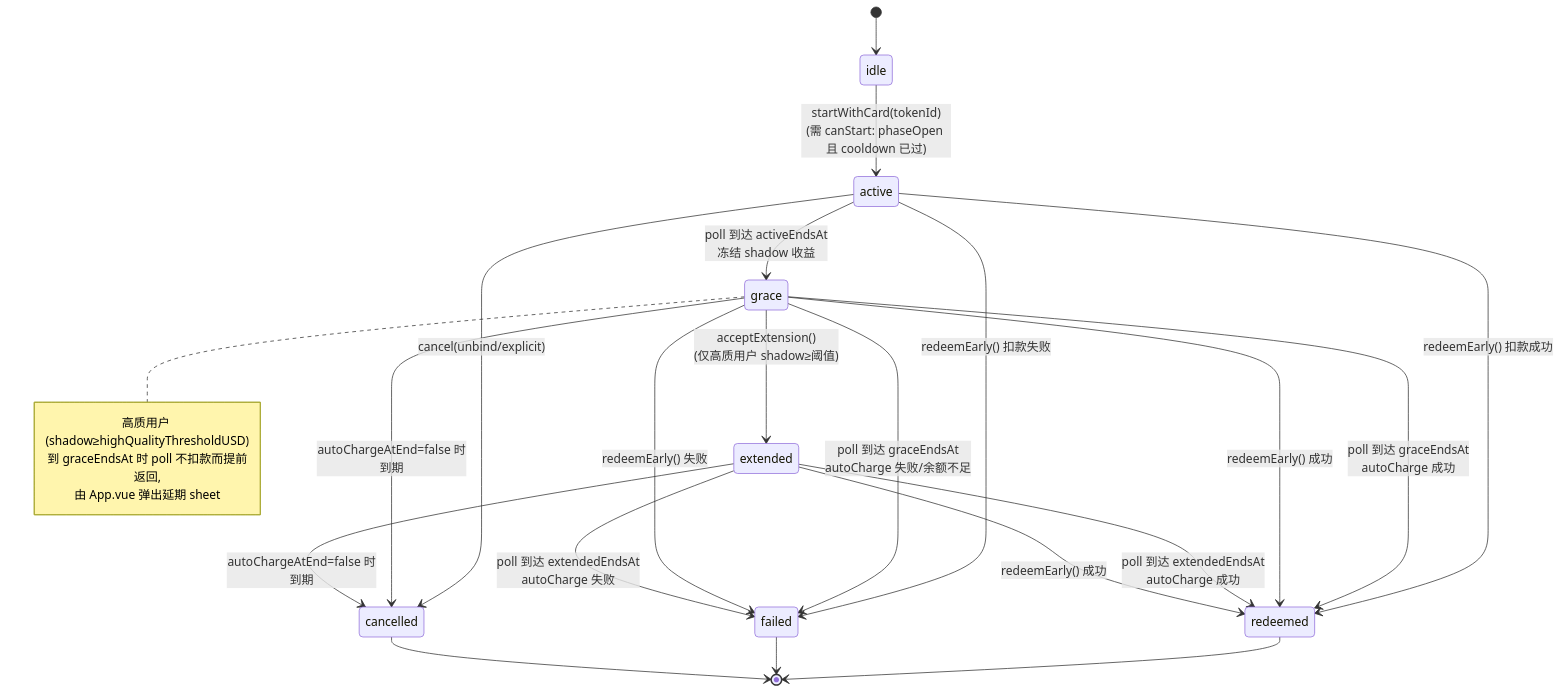
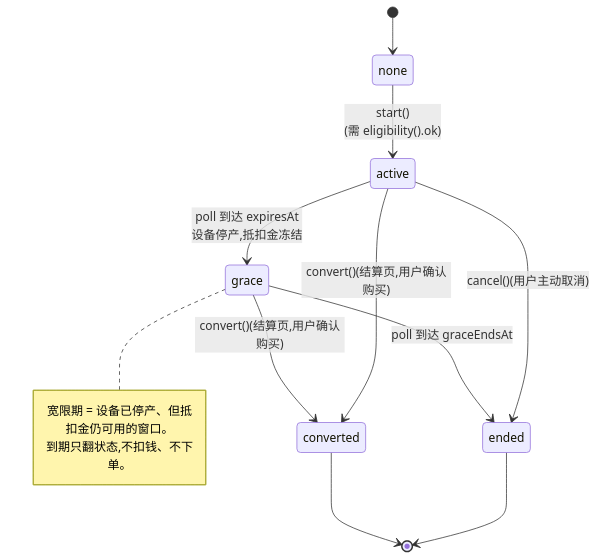
Before and after one commit to agentabatiuo572-byte/nexion-frontend-uniapp: the first of 8 diagrams in docs/业务流程说明.md, drawn with Mermaid. The commit also changed other lines of this file, not shown here.

````diff
--- a/docs/业务流程说明.md
+++ b/docs/业务流程说明.md
@@ -71,32 +85,20 @@
 ```mermaid
 stateDiagram-v2
-    [*] --> idle
-    idle --> active : startWithCard(tokenId)<br/>(需 canStart: phaseOpen 且 cooldown 已过)
+    [*] --> none
+    none --> active : start()<br/>(需 eligibility().ok)
 
-    active --> grace : poll 到达 activeEndsAt<br/>冻结 shadow 收益
-    active --> redeemed : redeemEarly() 扣款成功
-    active --> failed : redeemEarly() 扣款失败
-    active --> cancelled : cancel(unbind/explicit)
+    active --> grace : poll 到达 expiresAt<br/>设备停产,抵扣金冻结
+    active --> ended : cancel()(用户主动取消)
+    active --> converted : convert()(结算页,用户确认购买)
 
-    grace --> extended : acceptExtension()<br/>(仅高质用户 shadow≥阈值)
-    grace --> redeemed : poll 到达 graceEndsAt<br/>autoCharge 成功
-    grace --> failed : poll 到达 graceEndsAt<br/>autoCharge 失败/余额不足
-    grace --> cancelled : autoChargeAtEnd=false 时到期
-    grace --> redeemed : redeemEarly() 成功
-    grace --> failed : redeemEarly() 失败
+    grace --> ended : poll 到达 graceEndsAt
+    grace --> converted : convert()(结算页,用户确认购买)
 
-    extended --> redeemed : poll 到达 extendedEndsAt<br/>autoCharge 成功
-    extended --> failed : poll 到达 extendedEndsAt<br/>autoCharge 失败
-    extended --> cancelled : autoChargeAtEnd=false 时到期
-    extended --> redeemed : redeemEarly() 成功
-
-    redeemed --> [*]
-    failed --> [*]
-    cancelled --> [*]
+    ended --> [*]
+    converted --> [*]
 
     note right of grace
-        高质用户 (shadow≥highQualityThresholdUSD)
-        到 graceEndsAt 时 poll 不扣款而提前返回,
-        由 App.vue 弹出延期 sheet
+        宽限期 = 设备已停产、但抵扣金仍可用的窗口。
+        到期只翻状态,不扣钱、不下单。
     end note
 ```
````
